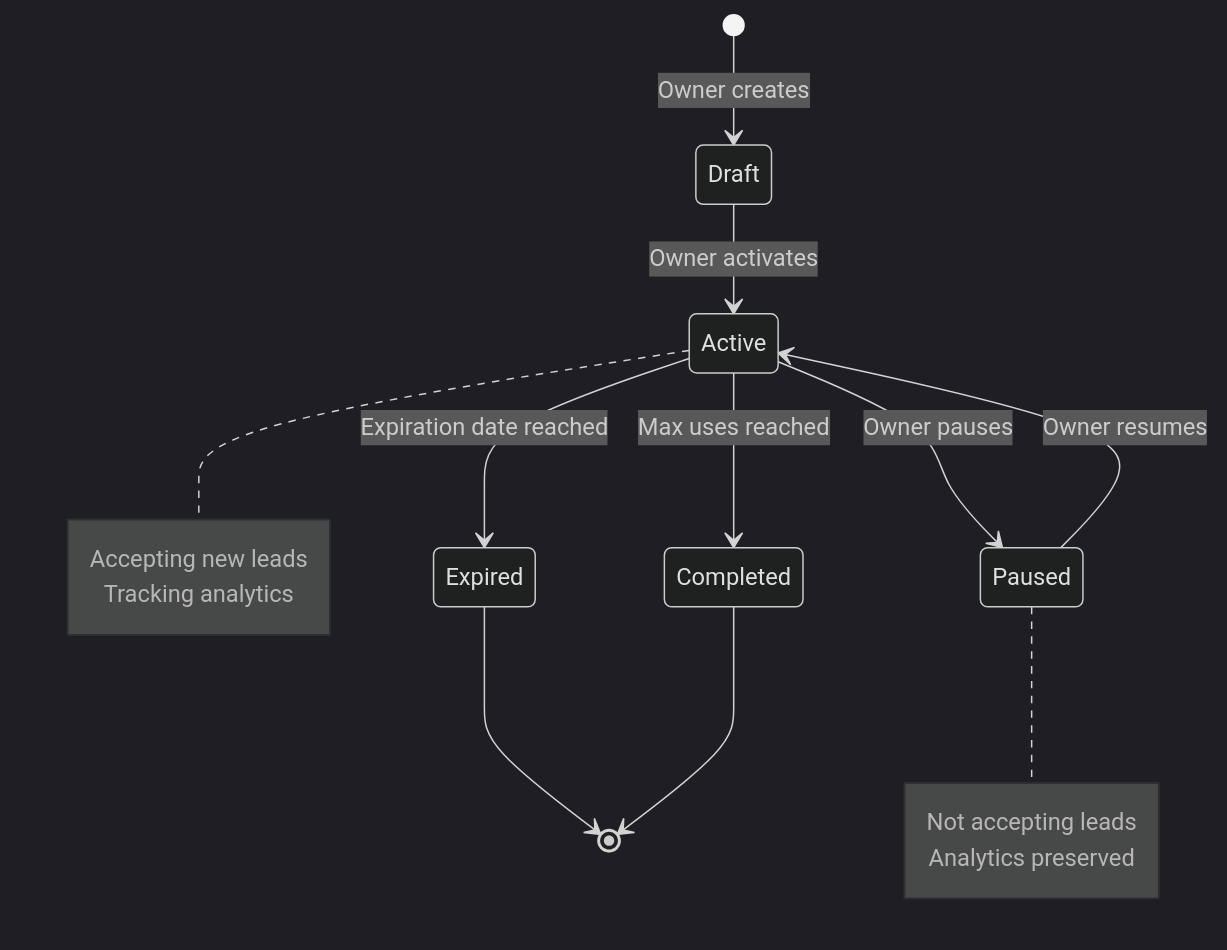
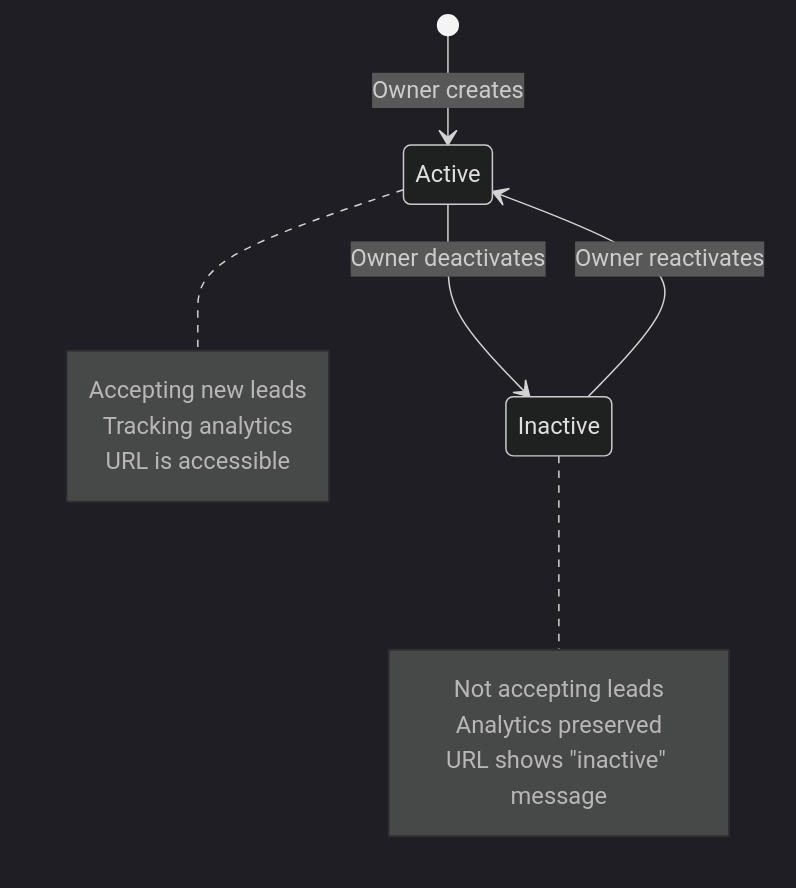
The second of 2 diagrams in limitlessos/CAMPAIGN_SYSTEM.md (blockvoltcr7/langgraph-supervisors), drawn with Mermaid (dark theme) before and after one commit. The commit also changed other lines of this file and 17 other files, not shown here.

````diff
--- a/limitlessos/CAMPAIGN_SYSTEM.md
+++ b/limitlessos/CAMPAIGN_SYSTEM.md
@@ -409,21 +391,18 @@
 ```mermaid
 stateDiagram-v2
-    [*] --> Draft: Owner creates
-    Draft --> Active: Owner activates
-    Active --> Paused: Owner pauses
-    Paused --> Active: Owner resumes
-    Active --> Expired: Expiration date reached
-    Active --> Completed: Max uses reached
-    Expired --> [*]
-    Completed --> [*]
+    [*] --> Active: Owner creates
+    Active --> Inactive: Owner deactivates
+    Inactive --> Active: Owner reactivates
     
     note right of Active
         Accepting new leads
         Tracking analytics
+        URL is accessible
     end note
     
-    note right of Paused
+    note right of Inactive
         Not accepting leads
         Analytics preserved
+        URL shows "inactive" message
     end note
 ```
````
